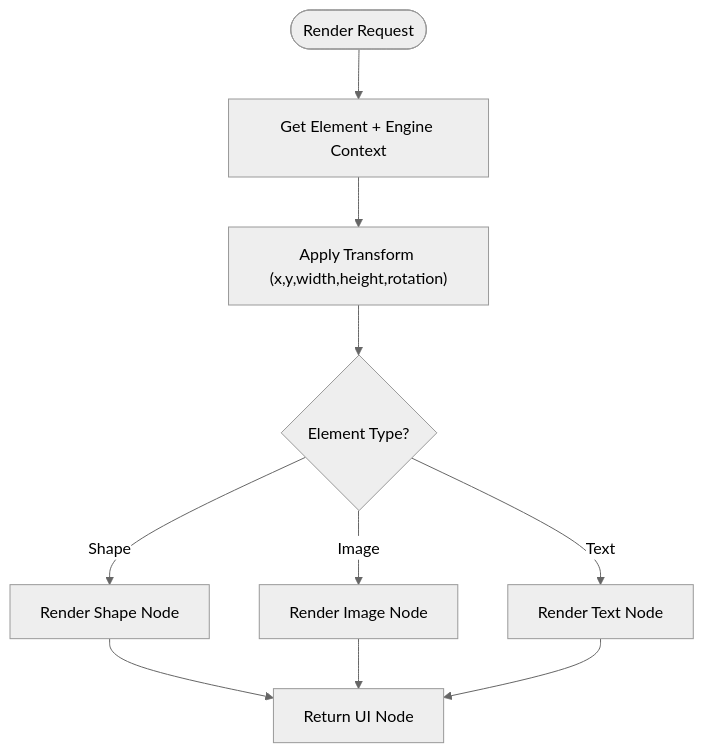
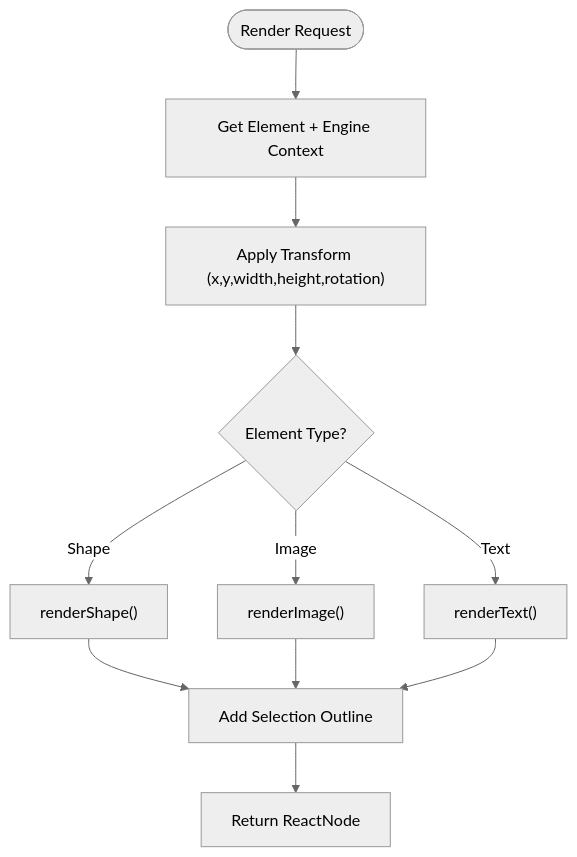
One commit to Anna0314zy/ai_editor_enginer changed the fourth of 8 diagrams in .qoder/repowiki/en/content/Architecture Overview/Architecture Overview.md. Above: the diagram before and after it, drawn with Mermaid (neutral theme). The commit also changed other lines of this file and 41 other files, not shown here.

````diff
--- a/.qoder/repowiki/en/content/Architecture Overview/Architecture Overview.md
+++ b/.qoder/repowiki/en/content/Architecture Overview/Architecture Overview.md
@@ -206,12 +265,13 @@
 ```mermaid
 flowchart TD
 Start(["Render Request"]) --> GetData["Get Element + Engine Context"]
 GetData --> ApplyTransform["Apply Transform (x,y,width,height,rotation)"]
 ApplyTransform --> RenderType{"Element Type?"}
-RenderType --> |Shape| ShapeNode["Render Shape Node"]
-RenderType --> |Image| ImageNode["Render Image Node"]
-RenderType --> |Text|TextNode["Render Text Node"]
-ShapeNode --> Output["Return UI Node"]
-ImageNode --> Output
-TextNode --> Output
+RenderType --> |Shape| ShapeNode["renderShape()"]
+RenderType --> |Image| ImageNode["renderImage()"]
+RenderType --> |Text| TextNode["renderText()"]
+ShapeNode --> Selection["Add Selection Outline"]
+ImageNode --> Selection
+TextNode --> Selection
+Selection --> Output["Return ReactNode"]
 ```
````
